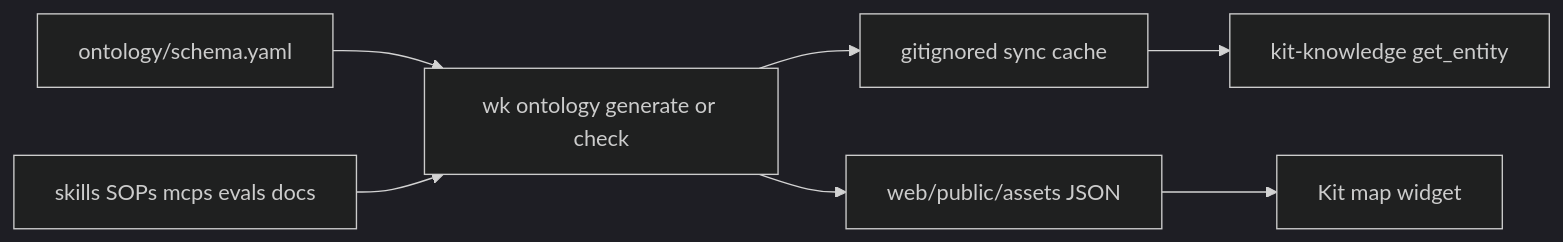
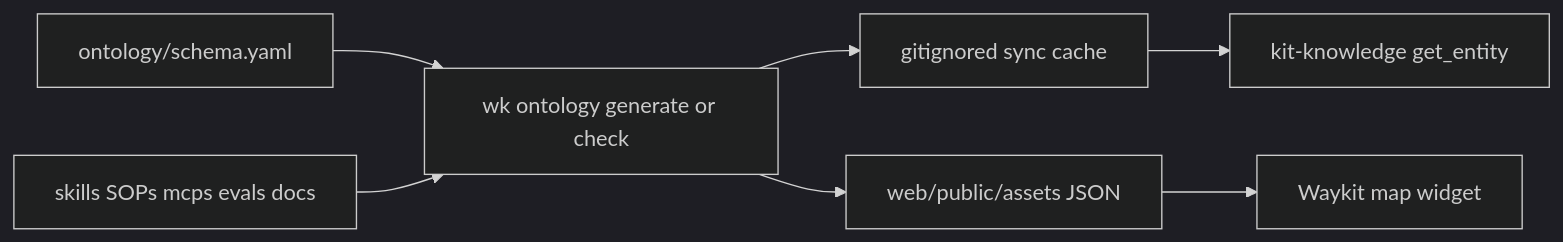
Before and after one commit to mzworthington/waykit: the diagram in ontology/README.md, drawn with Mermaid (dark theme). The commit also changed other lines of this file and 39 other files, not shown here.

````diff
--- a/ontology/README.md
+++ b/ontology/README.md
@@ -116,16 +116,16 @@
 ```mermaid
 flowchart LR
   schema[ontology/schema.yaml]
   tree[skills SOPs mcps evals docs]
   derive[wk ontology generate or check]
   cache[gitignored sync cache]
   site[web/public/assets JSON]
-  map[Kit map widget]
+  map[Waykit map widget]
   know[kit-knowledge get_entity]
   schema --> derive
   tree --> derive
   derive --> cache
   derive --> site
   site --> map
   cache --> know
 ```
````
